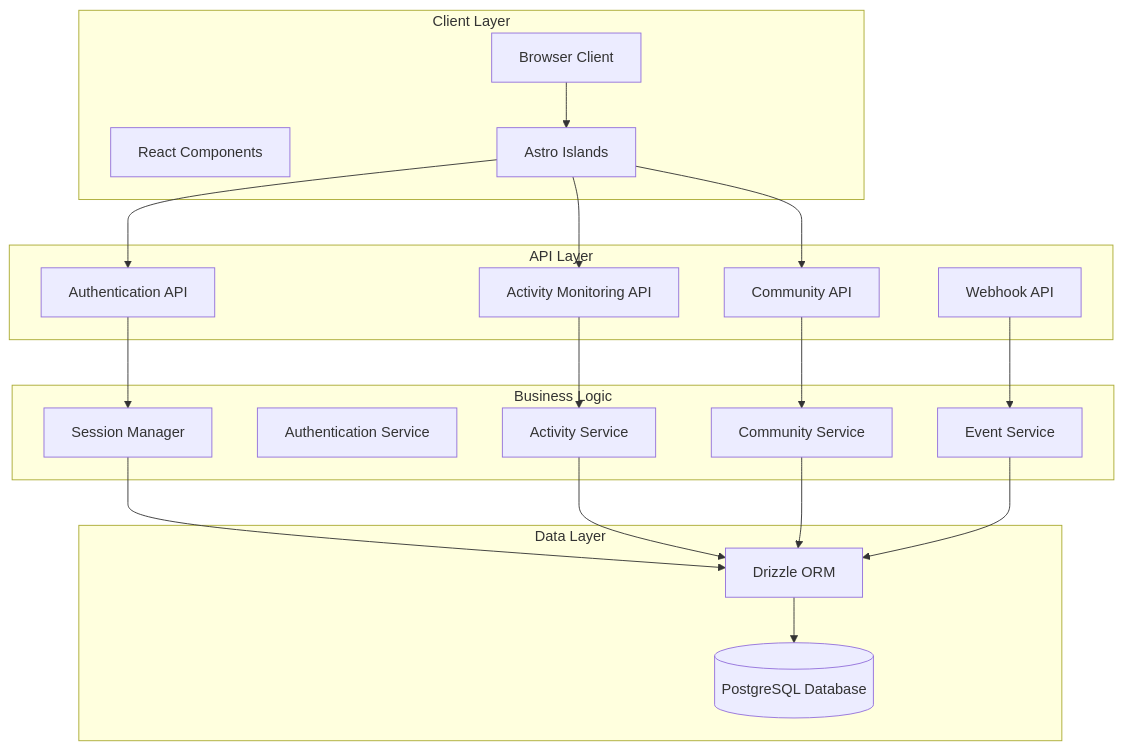
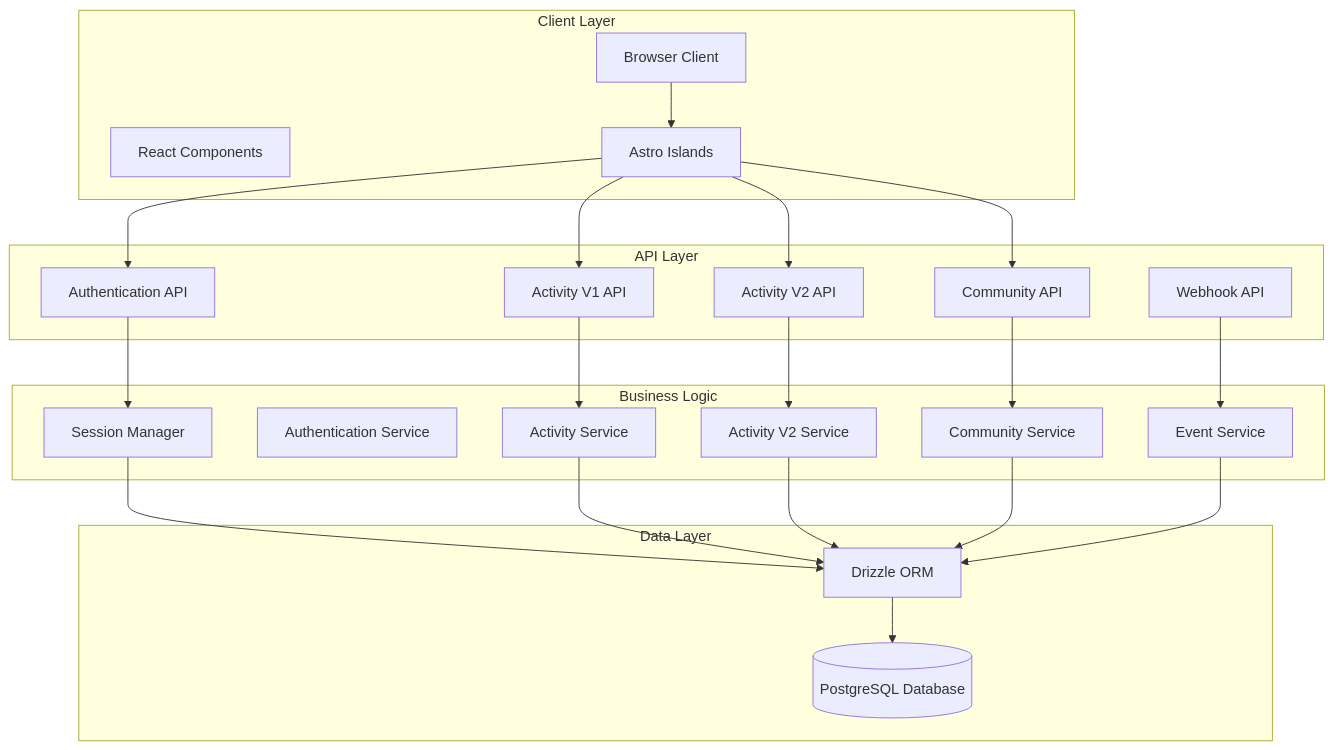
Before and after one commit to WizardJIOCb/rodion.pro: the first of 14 diagrams in .qoder/repowiki/en/content/Core Features/Activity Monitoring System.md, drawn with Mermaid. The commit also changed other lines of this file and 20 other files, not shown here.

````diff
--- a/.qoder/repowiki/en/content/Core Features/Activity Monitoring System.md
+++ b/.qoder/repowiki/en/content/Core Features/Activity Monitoring System.md
@@ -48,38 +70,43 @@
 ```mermaid
 graph TB
 subgraph "Client Layer"
 Browser[Browser Client]
 React[React Components]
 Astro[Astro Islands]
 end
 subgraph "API Layer"
 AuthAPI[Authentication API]
-ActivityAPI[Activity Monitoring API]
+ActivityV1API[Activity V1 API]
+ActivityV2API[Activity V2 API]
 CommunityAPI[Community API]
 WebhookAPI[Webhook API]
 end
 subgraph "Business Logic"
 SessionMgr[Session Manager]
 AuthSvc[Authentication Service]
 ActivitySvc[Activity Service]
+ActivityV2Svc[Activity V2 Service]
 CommunitySvc[Community Service]
 EventSvc[Event Service]
 end
 subgraph "Data Layer"
 Postgres[(PostgreSQL Database)]
 Drizzle[Drizzle ORM]
 end
 Browser --> Astro
 Astro --> AuthAPI
-Astro --> ActivityAPI
+Astro --> ActivityV1API
+Astro --> ActivityV2API
 Astro --> CommunityAPI
 AuthAPI --> SessionMgr
-ActivityAPI --> ActivitySvc
+ActivityV1API --> ActivitySvc
+ActivityV2API --> ActivityV2Svc
 CommunityAPI --> CommunitySvc
 WebhookAPI --> EventSvc
 SessionMgr --> Drizzle
 ActivitySvc --> Drizzle
+ActivityV2Svc --> Drizzle
 CommunitySvc --> Drizzle
 EventSvc --> Drizzle
 Drizzle --> Postgres
 ```
````
